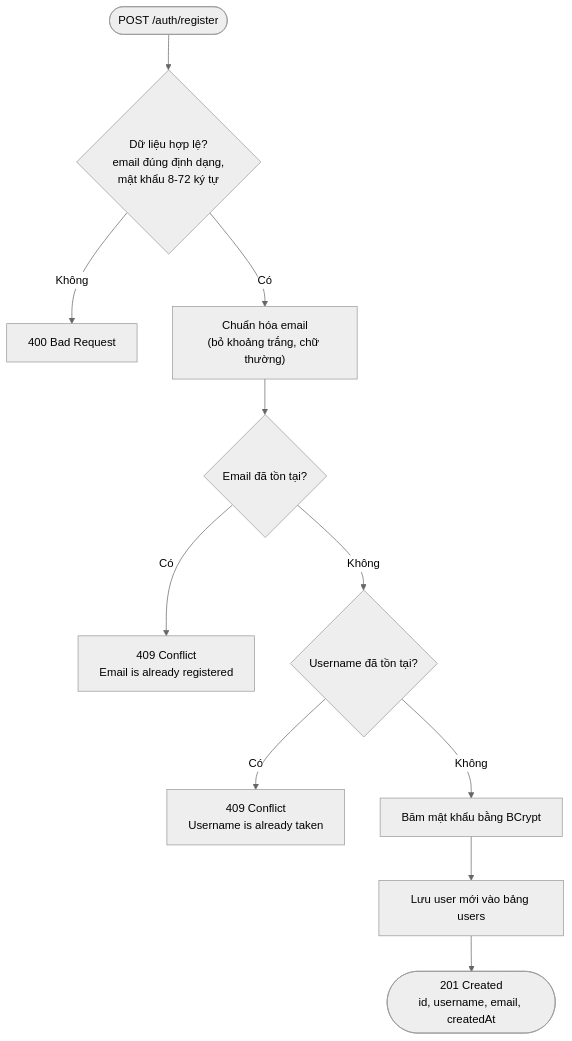
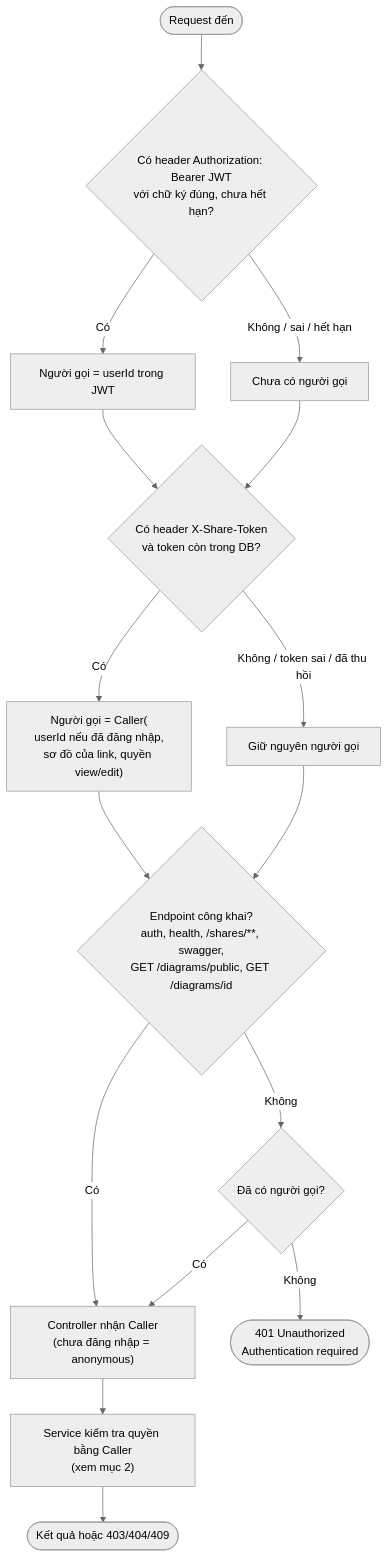
The first of 7 diagrams in docs/luong-nghiep-vu.md (Phamminh161005/CourseHub), drawn with Mermaid (neutral theme) before and after one commit. The commit also changed other lines of this file and 4 other files, not shown here.

````diff
--- a/docs/luong-nghiep-vu.md
+++ b/docs/luong-nghiep-vu.md
@@ -16,13 +29,18 @@
 ```mermaid
 flowchart TD
-    A(["POST /auth/register"]) --> B{"Dữ liệu hợp lệ?<br/>email đúng định dạng,<br/>mật khẩu 8-72 ký tự"}
-    B -- Không --> E400["400 Bad Request"]
-    B -- Có --> C["Chuẩn hóa email<br/>(bỏ khoảng trắng, chữ thường)"]
-    C --> D{"Email đã tồn tại?"}
-    D -- Có --> E409a["409 Conflict<br/>Email is already registered"]
-    D -- Không --> F{"Username đã tồn tại?"}
-    F -- Có --> E409b["409 Conflict<br/>Username is already taken"]
-    F -- Không --> G["Băm mật khẩu bằng BCrypt"]
-    G --> H["Lưu user mới vào bảng users"]
-    H --> I(["201 Created<br/>id, username, email, createdAt"])
+    A(["Request đến"]) --> B{"Có header Authorization: Bearer JWT<br/>với chữ ký đúng, chưa hết hạn?"}
+    B -- Có --> C["Người gọi = userId trong JWT"]
+    B -- "Không / sai / hết hạn" --> D["Chưa có người gọi"]
+    C --> E{"Có header X-Share-Token<br/>và token còn trong DB?"}
+    D --> E
+    E -- Có --> F["Người gọi = Caller(<br/>userId nếu đã đăng nhập,<br/>sơ đồ của link, quyền view/edit)"]
+    E -- "Không / token sai / đã thu hồi" --> G["Giữ nguyên người gọi"]
+    F --> H{"Endpoint công khai?<br/>auth, health, /shares/**, swagger,<br/>GET /diagrams/public, GET /diagrams/id"}
+    G --> H
+    H -- Có --> K["Controller nhận Caller<br/>(chưa đăng nhập = anonymous)"]
+    H -- Không --> I{"Đã có người gọi?"}
+    I -- Không --> E401(["401 Unauthorized<br/>Authentication required"])
+    I -- Có --> K
+    K --> L["Service kiểm tra quyền bằng Caller<br/>(xem mục 2)"]
+    L --> OK(["Kết quả hoặc 403/404/409"])
 ```
````
